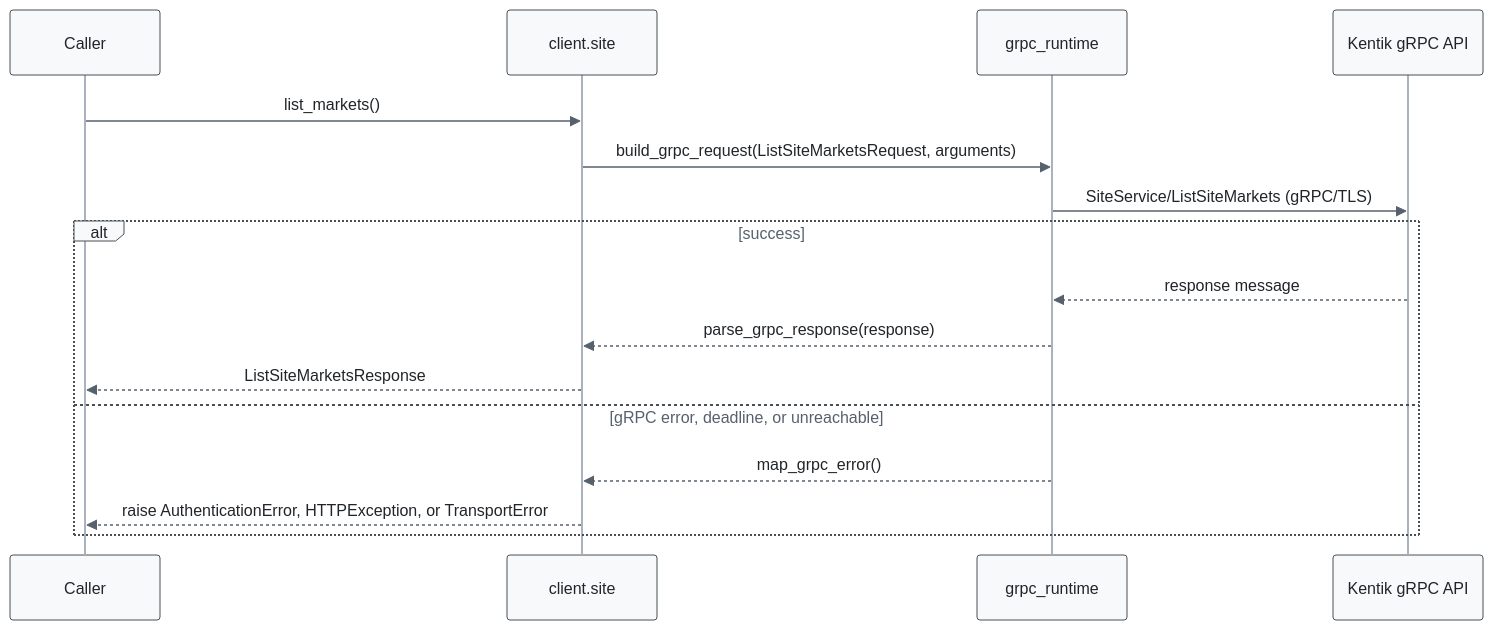
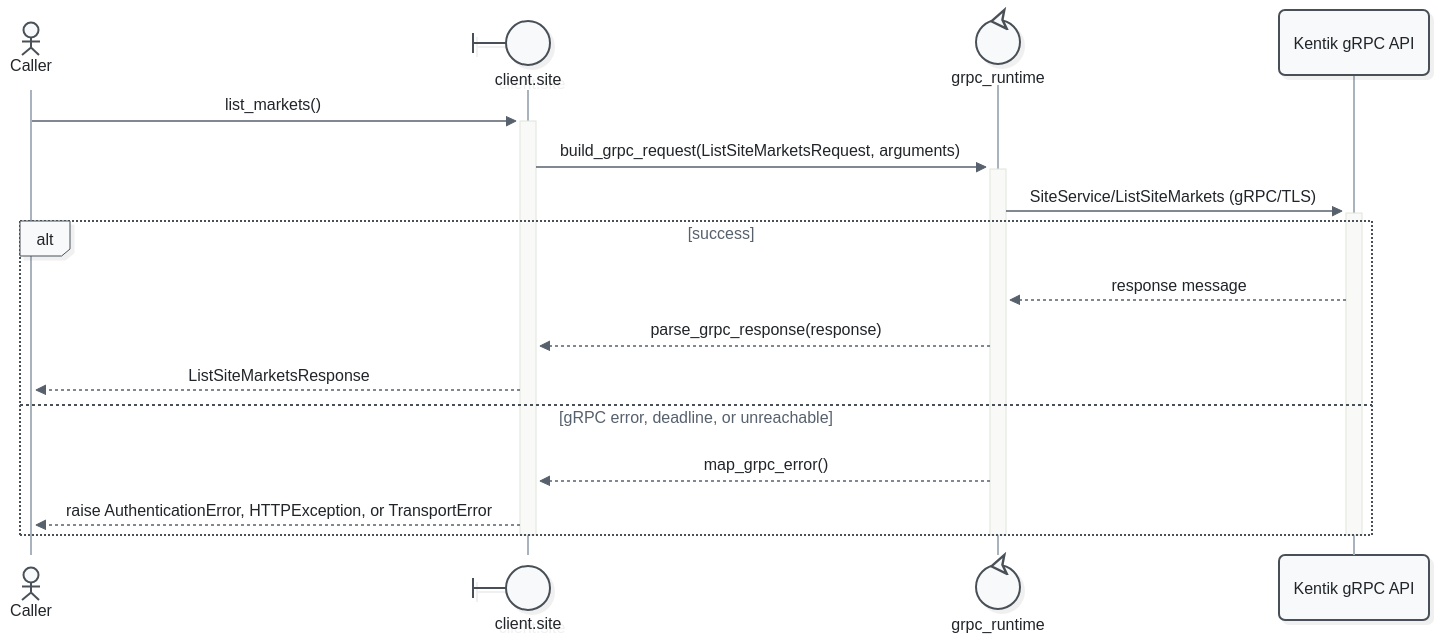
One commit to alexdearaujo/community_sdk_python changed the second of 21 diagrams in docs/sphinx/services/site.md. Above: the diagram before and after it, drawn with Mermaid. The commit also changed other lines of this file and 52 other files, not shown here.

First line of the commit message:
docs: Mermaid 12 sequence diagrams with participant types and path colors

````diff
--- a/docs/sphinx/services/site.md
+++ b/docs/sphinx/services/site.md
@@ -55,20 +57,23 @@
 ```mermaid
-%%{init: {"theme": "base", "fontFamily": "ui-monospace, SFMono-Regular, Menlo, monospace", "themeVariables": {"fontFamily": "ui-monospace, SFMono-Regular, Menlo, monospace", "primaryColor": "#f8f9fa", "primaryBorderColor": "#495057", "primaryTextColor": "#212529", "textColor": "#212529", "lineColor": "#77818c", "edgeLabelBackground": "#ffffff", "actorBkg": "#f8f9fa", "actorBorder": "#495057", "actorTextColor": "#212529", "actorLineColor": "#a9b3be", "signalColor": "#57616d", "signalTextColor": "#212529", "labelBoxBkgColor": "#f8f9fa", "labelBoxBorderColor": "#495057", "labelTextColor": "#212529", "loopTextColor": "#57616d", "noteBkgColor": "#fff9db", "noteBorderColor": "#f08c00", "noteTextColor": "#a35a00"}, "flowchart": {"curve": "step", "nodeSpacing": 30, "rankSpacing": 70, "wrappingWidth": 400}}}%%
+%%{init: {"theme": "redux", "look": "neo", "layout": "dagre", "fontFamily": "ui-monospace, SFMono-Regular, Menlo, monospace", "themeVariables": {"fontFamily": "ui-monospace, SFMono-Regular, Menlo, monospace", "primaryColor": "#f8f9fa", "primaryBorderColor": "#495057", "primaryTextColor": "#212529", "textColor": "#212529", "lineColor": "#77818c", "edgeLabelBackground": "#ffffff", "actorBkg": "#f8f9fa", "actorBorder": "#495057", "actorTextColor": "#212529", "actorLineColor": "#a9b3be", "signalColor": "#57616d", "signalTextColor": "#212529", "labelBoxBkgColor": "#f8f9fa", "labelBoxBorderColor": "#495057", "labelTextColor": "#212529", "loopTextColor": "#57616d", "noteBkgColor": "#fff9db", "noteBorderColor": "#f08c00", "noteTextColor": "#a35a00"}, "sequence": {"activationWidth": 16}, "flowchart": {"curve": "step", "nodeSpacing": 30, "rankSpacing": 70, "wrappingWidth": 400}}}%%
 sequenceDiagram
-    participant C as Caller
-    participant W as client.site
-    participant R as grpc_runtime
+    actor C as Caller
+    participant W@{ "type": "boundary" } as client.site
+    participant R@{ "type": "control" } as grpc_runtime
     participant API as Kentik gRPC API
 
-    C->>W: list_markets()
-    W->>R: build_grpc_request(ListSiteMarketsRequest, arguments)
-    R->>API: SiteService/ListSiteMarkets (gRPC/TLS)
+    C->>+W: list_markets()
+    W->>+R: build_grpc_request(ListSiteMarketsRequest, arguments)
+    R->>+API: SiteService/ListSiteMarkets (gRPC/TLS)
     alt success
         API-->>R: response message
         R-->>W: parse_grpc_response(response)
         W-->>C: ListSiteMarketsResponse
     else gRPC error, deadline, or unreachable
         R-->>W: map_grpc_error()
         W-->>C: raise AuthenticationError, HTTPException, or TransportError
     end
+    deactivate API
+    deactivate R
+    deactivate W
 ```
````
